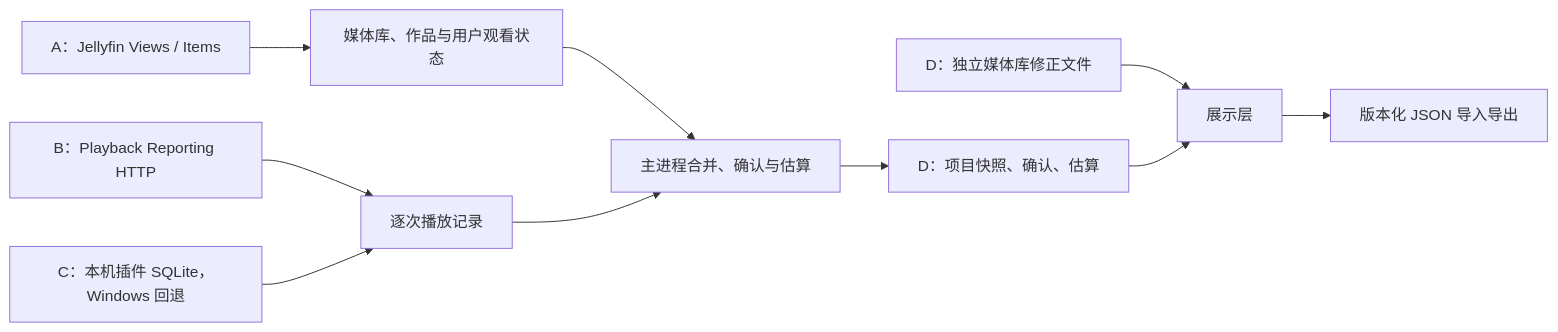
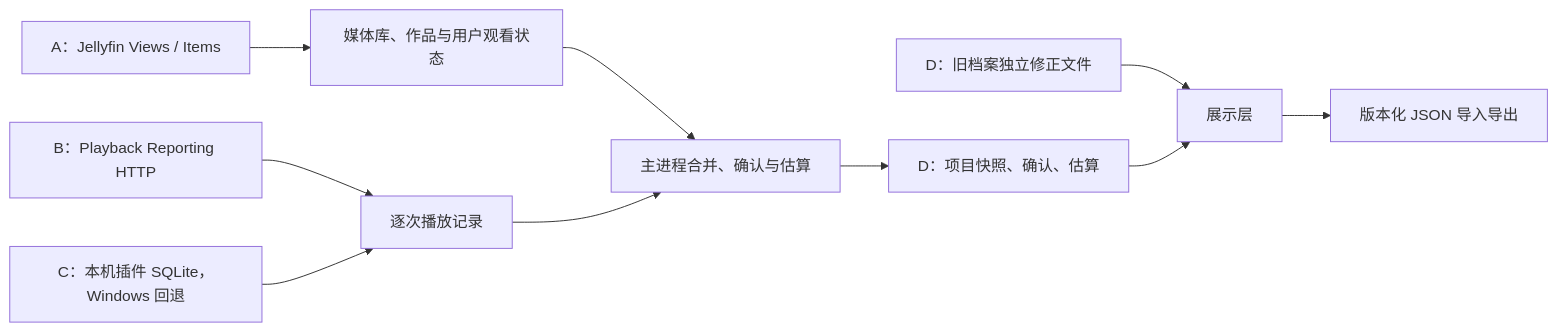
The diagram in docs/watch-statistics.md (gok2023/Lllllvlv), drawn with Mermaid before and after one commit. The commit also changed other lines of this file and 13 other files, not shown here.

````diff
--- a/docs/watch-statistics.md
+++ b/docs/watch-statistics.md
@@ -7,12 +7,12 @@
 ```mermaid
 flowchart LR
     J["A：Jellyfin Views / Items"] --> M["媒体库、作品与用户观看状态"]
     P["B：Playback Reporting HTTP"] --> R["逐次播放记录"]
     DB["C：本机插件 SQLite，Windows 回退"] --> R
     M --> S["主进程合并、确认与估算"]
     R --> S
     S --> F["D：项目快照、确认、估算"]
-    C["D：独立媒体库修正文件"] --> V["展示层"]
+    C["D：旧档案独立修正文件"] --> V["展示层"]
     F --> V
     V --> E["版本化 JSON 导入导出"]
 ```
````
